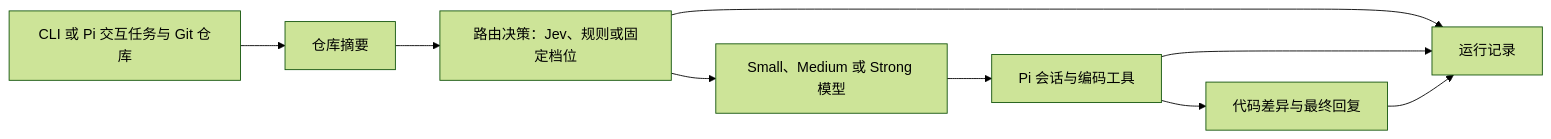
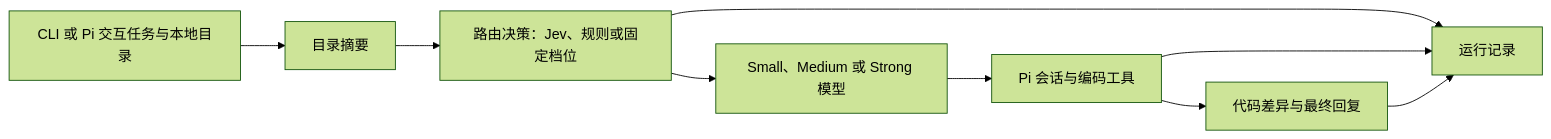
The diagram in README.md (tinksfh/RouterCoder-Coding-Agent), drawn with Mermaid (forest theme) before and after one commit. The commit also changed other lines of this file and 14 other files, not shown here.

````diff
--- a/README.md
+++ b/README.md
@@ -90,11 +105,11 @@
 ```mermaid
 flowchart LR
-  A[CLI 或 Pi 交互任务与 Git 仓库] --> B[仓库摘要]
+  A[CLI 或 Pi 交互任务与本地目录] --> B[目录摘要]
   B --> C[路由决策：Jev、规则或固定档位]
   C --> D[Small、Medium 或 Strong 模型]
   D --> E[Pi 会话与编码工具]
   E --> F[代码差异与最终回复]
   C --> G[运行记录]
   E --> G
   F --> G
 ```
````
